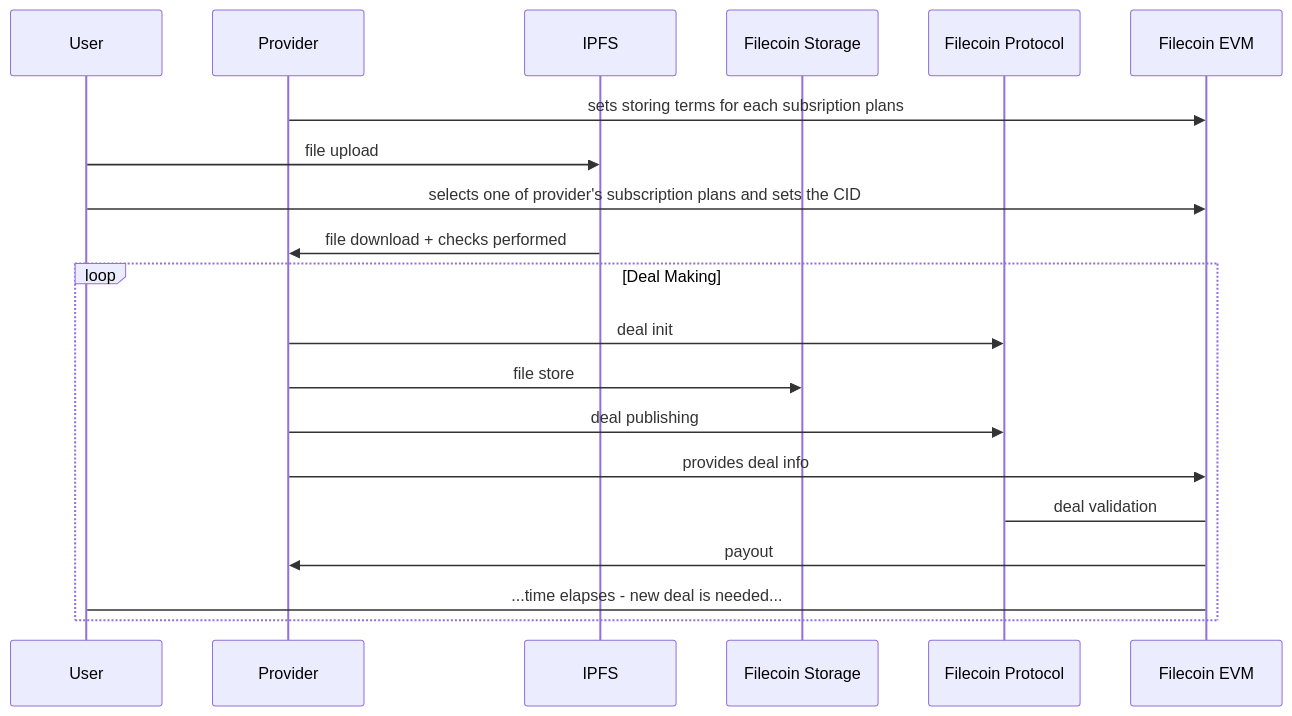
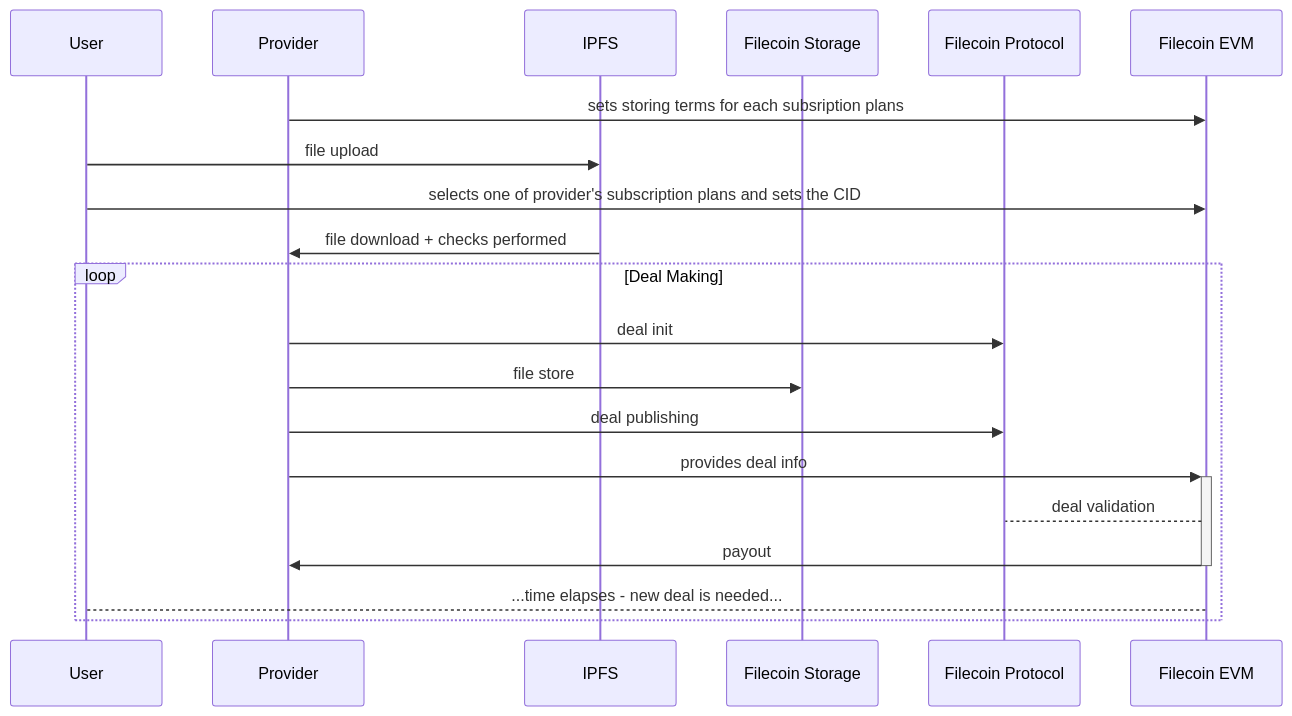
Before and after one commit to MVPWorkshop/filesaver: the first of 2 diagrams in docs/SequenceDiagram.md, drawn with Mermaid. The commit also changed other lines of this file, not shown here.

Commit message:
Dotted lines added

````diff
--- a/docs/SequenceDiagram.md
+++ b/docs/SequenceDiagram.md
@@ -3,25 +3,25 @@
 ```mermaid
 sequenceDiagram
     participant User
     participant Provider
     participant IPFS
     participant Filecoin Storage
     participant Filecoin Protocol
     participant Filecoin EVM
 
 
     Provider->>Filecoin EVM: sets storing terms for each subsription plans
     User->>IPFS: file upload
     User->>Filecoin EVM: selects one of provider's subscription plans and sets the CID
     IPFS->>Provider: file download + checks performed
     loop Deal Making
         Provider->>Filecoin Protocol: deal init
         Provider->>Filecoin Storage: file store
         Provider->>Filecoin Protocol: deal publishing
-        Provider->>Filecoin EVM: provides deal info
-        Filecoin EVM->Filecoin Protocol: deal validation
-        Filecoin EVM->>Provider: payout
+        Provider->>+Filecoin EVM: provides deal info
+        Filecoin EVM-->Filecoin Protocol: deal validation
+        Filecoin EVM->>-Provider: payout
 
-        User->Filecoin EVM: ...time elapses - new deal is needed...
+        User --> Filecoin EVM: ...time elapses - new deal is needed...
     end
 ```
````
